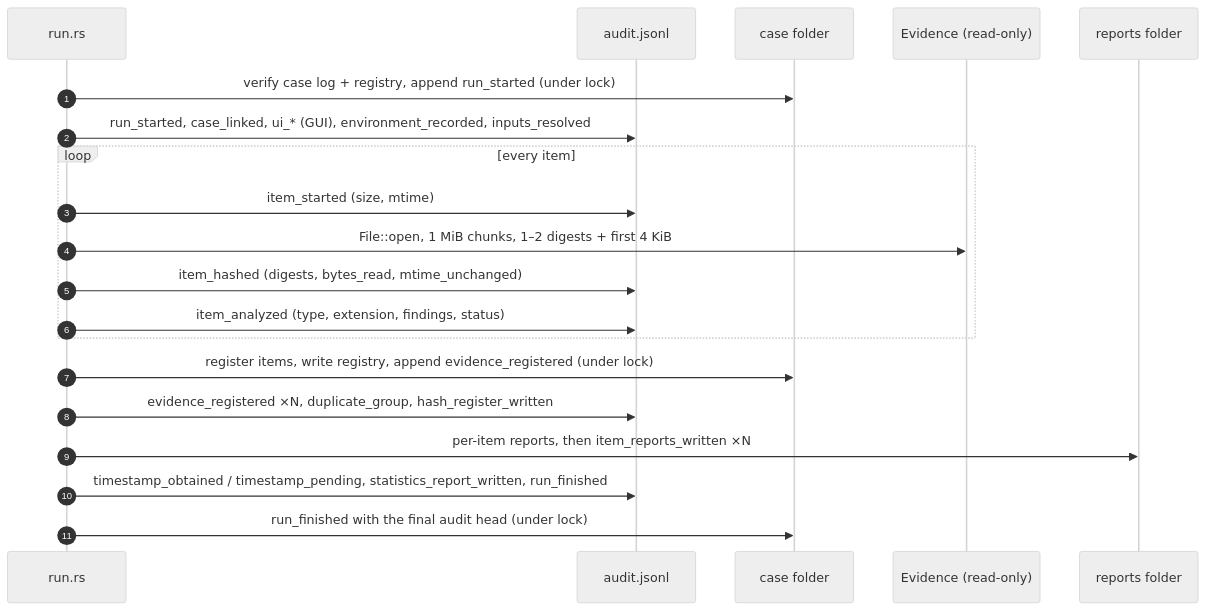
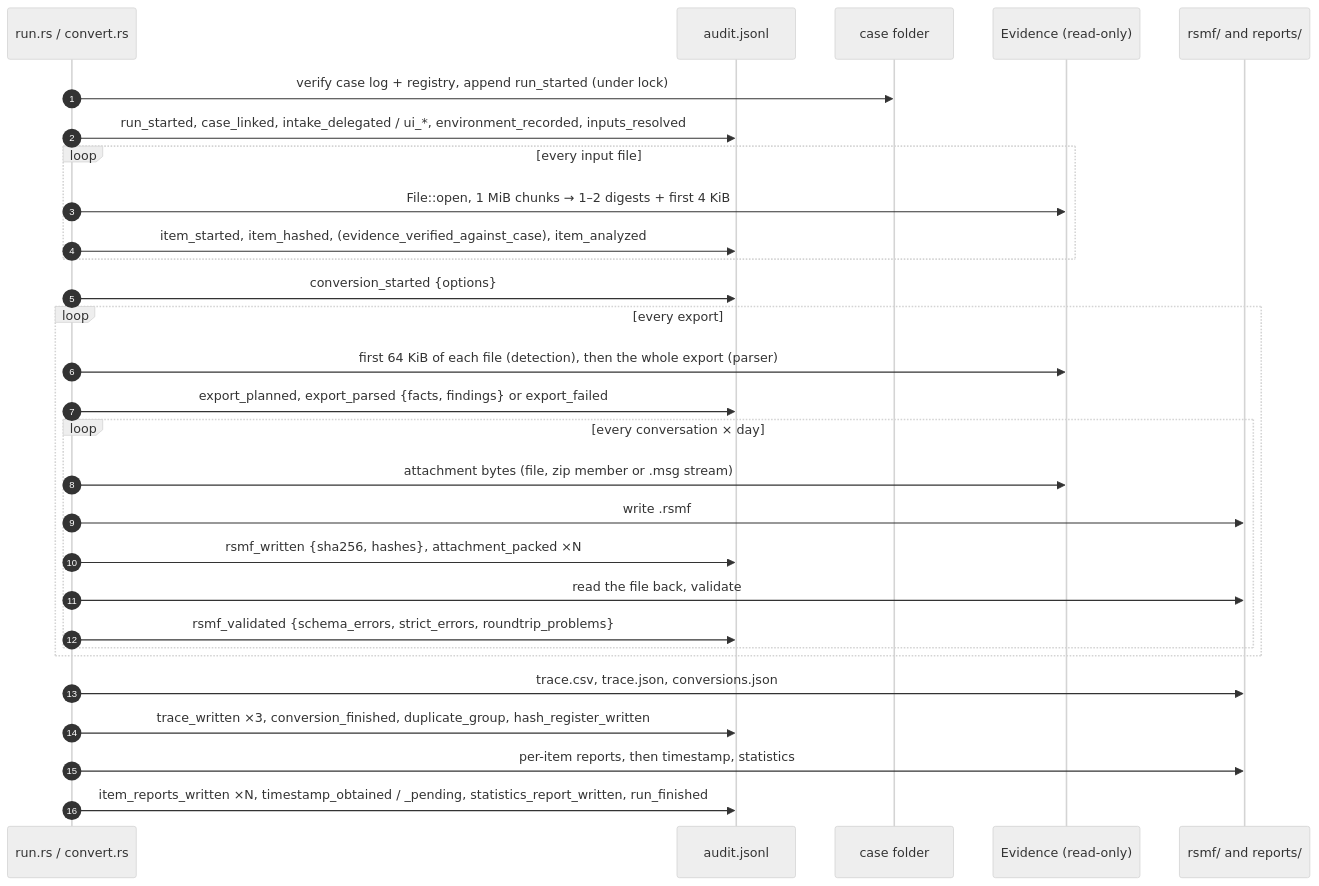
One commit to Panacota96/rv-rsmf changed the sixth of 13 diagrams in docs/theory.md. Above: the diagram before and after it, drawn with Mermaid (neutral theme). The commit also changed other lines of this file and 12 other files, not shown here.

First line of the commit message:
docs: rewrite README and docs for the RSMF conversion domain

````diff
--- a/docs/theory.md
+++ b/docs/theory.md
@@ -252,22 +270,31 @@
 ```mermaid
 sequenceDiagram
     autonumber
-    participant R as run.rs
+    participant R as run.rs / convert.rs
     participant A as audit.jsonl
     participant C as case folder
     participant E as Evidence (read-only)
-    participant O as reports folder
+    participant O as rsmf/ and reports/
     R->>C: verify case log + registry, append run_started (under lock)
-    R->>A: run_started, case_linked, ui_* (GUI), environment_recorded, inputs_resolved
-    loop every item
-        R->>A: item_started (size, mtime)
-        R->>E: File::open, 1 MiB chunks, 1–2 digests + first 4 KiB
-        R->>A: item_hashed (digests, bytes_read, mtime_unchanged)
-        R->>A: item_analyzed (type, extension, findings, status)
+    R->>A: run_started, case_linked, intake_delegated / ui_*, environment_recorded, inputs_resolved
+    loop every input file
+        R->>E: File::open, 1 MiB chunks → 1–2 digests + first 4 KiB
+        R->>A: item_started, item_hashed, (evidence_verified_against_case), item_analyzed
     end
-    R->>C: register items, write registry, append evidence_registered (under lock)
-    R->>A: evidence_registered ×N, duplicate_group, hash_register_written
-    R->>O: per-item reports, then item_reports_written ×N
-    R->>A: timestamp_obtained / timestamp_pending, statistics_report_written, run_finished
-    R->>C: run_finished with the final audit head (under lock)
+    R->>A: conversion_started {options}
+    loop every export
+        R->>E: first 64 KiB of each file (detection), then the whole export (parser)
+        R->>A: export_planned, export_parsed {facts, findings} or export_failed
+        loop every conversation × day
+            R->>E: attachment bytes (file, zip member or .msg stream)
+            R->>O: write .rsmf
+            R->>A: rsmf_written {sha256, hashes}, attachment_packed ×N
+            R->>O: read the file back, validate
+            R->>A: rsmf_validated {schema_errors, strict_errors, roundtrip_problems}
+        end
+    end
+    R->>O: trace.csv, trace.json, conversions.json
+    R->>A: trace_written ×3, conversion_finished, duplicate_group, hash_register_written
+    R->>O: per-item reports, then timestamp, statistics
+    R->>A: item_reports_written ×N, timestamp_obtained / _pending, statistics_report_written, run_finished
 ```
````
